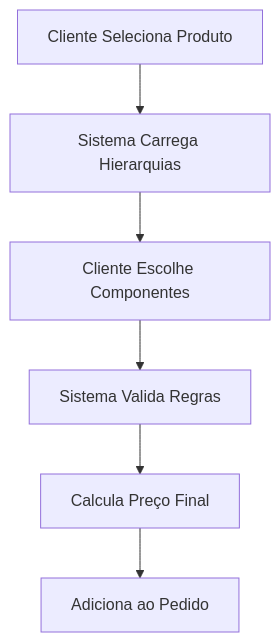
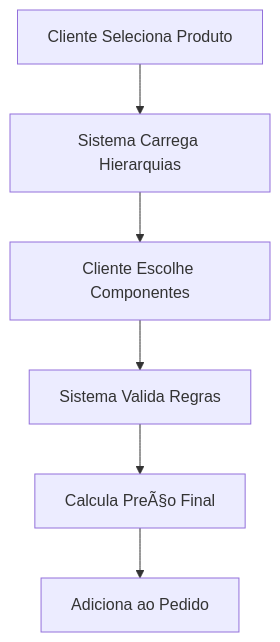
The fourth of 5 diagrams in GesN.Web/Context/DOMAIN CONTEXTS/README.md (igor-spalenza/GesN), drawn with Mermaid before and after one commit. The commit also changed other lines of this file and 93 other files, not shown here.

````diff
--- a/GesN.Web/Context/DOMAIN CONTEXTS/README.md
+++ b/GesN.Web/Context/DOMAIN CONTEXTS/README.md
@@ -430,8 +430,8 @@
 ```mermaid
 graph TD
     A[Cliente Seleciona Produto] --> B[Sistema Carrega Hierarquias]
     B --> C[Cliente Escolhe Componentes]
     C --> D[Sistema Valida Regras]
-    D --> E[Calcula Preço Final]
+    D --> E[Calcula PreÃ§o Final]
     E --> F[Adiciona ao Pedido]
 ```
````
